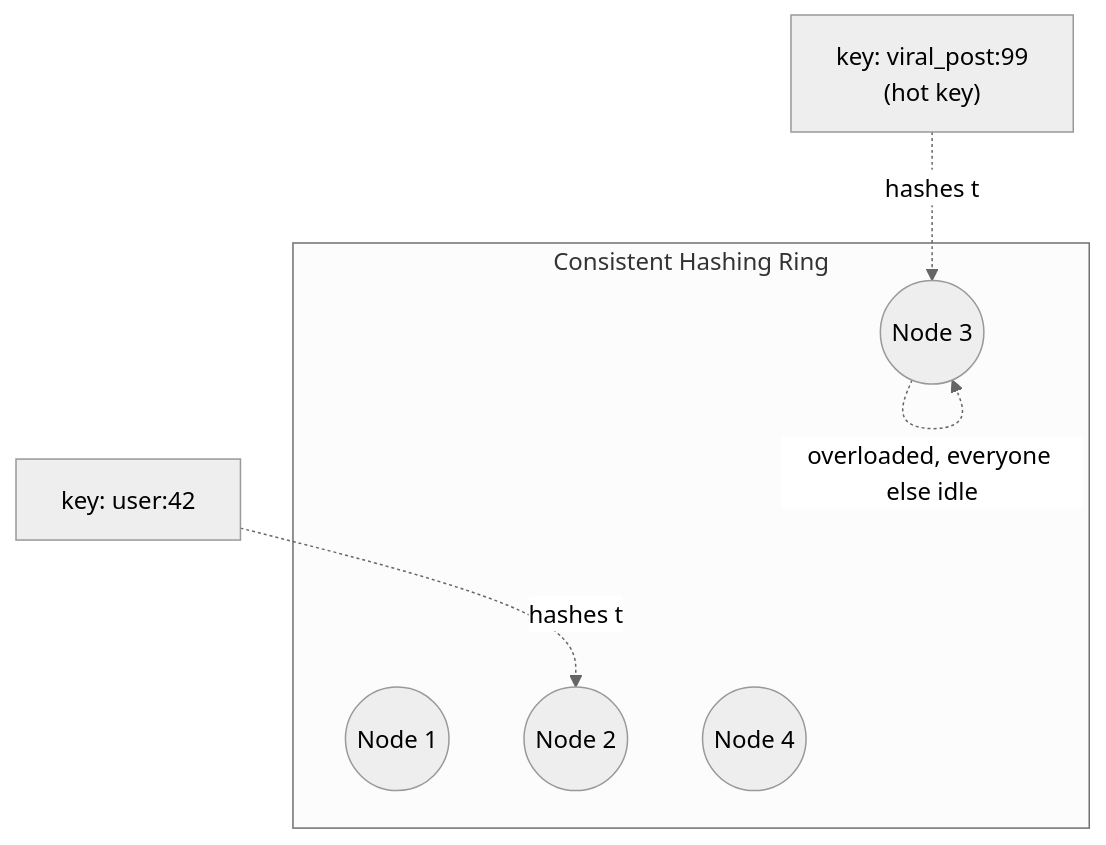
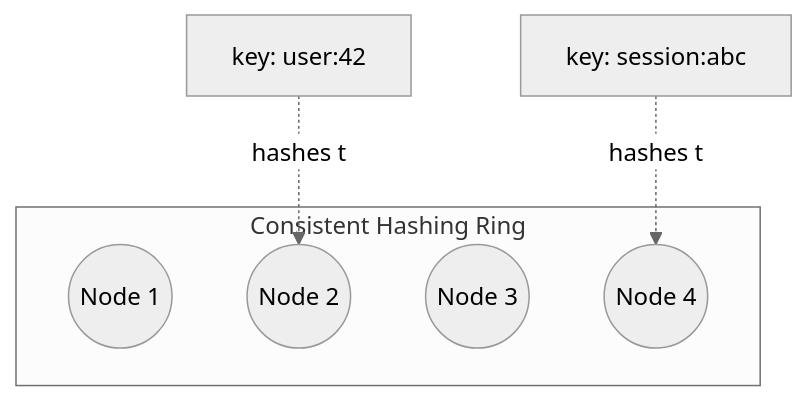
Before and after one commit to tarosh3/obsidian: the first of 3 diagrams in System Design/HLD/03 - Design a Distributed Cache (build Redis)/Design a Distributed Cache.md, drawn with Mermaid (neutral theme). The commit also changed other lines of this file and 30 other files, not shown here.

````diff
--- a/System Design/HLD/03 - Design a Distributed Cache (build Redis)/Design a Distributed Cache.md
+++ b/System Design/HLD/03 - Design a Distributed Cache (build Redis)/Design a Distributed Cache.md
@@ -62,12 +70,11 @@
 ```mermaid
 graph TD
     subgraph "Consistent Hashing Ring"
         N1(("Node 1"))
         N2(("Node 2"))
         N3(("Node 3"))
         N4(("Node 4"))
     end
     K1["key: user:42"] -.hashes to.-> N2
-    K2["key: viral_post:99<br/>(hot key)"] -.hashes to.-> N3
-    N3 -.overloaded, everyone else idle.-> N3
+    K2["key: session:abc"] -.hashes to.-> N4
 ```
````
